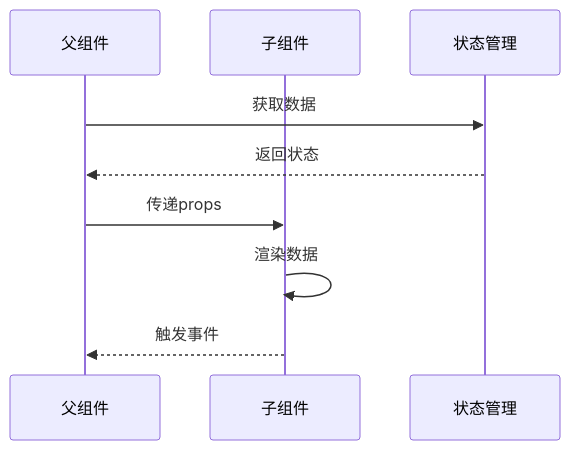
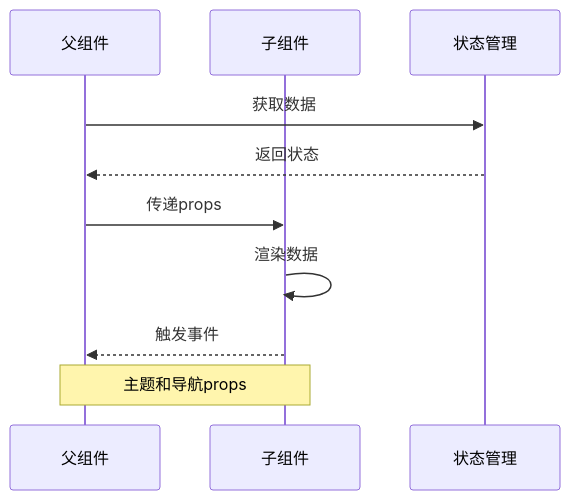
The seventh of 24 diagrams in .qoder/repowiki/zh/content/架构设计/桌面端架构设计/前端架构设计/Vue组件系统架构.md (itsharex/NexTunnel), drawn with Mermaid before and after one commit. The commit also changed other lines of this file and 41 other files, not shown here.

````diff
--- a/.qoder/repowiki/zh/content/架构设计/桌面端架构设计/前端架构设计/Vue组件系统架构.md
+++ b/.qoder/repowiki/zh/content/架构设计/桌面端架构设计/前端架构设计/Vue组件系统架构.md
@@ -219,11 +255,12 @@
 ```mermaid
 sequenceDiagram
 participant Parent as 父组件
 participant Child as 子组件
 participant Store as 状态管理
 Parent->>Store : 获取数据
 Store-->>Parent : 返回状态
 Parent->>Child : 传递props
 Child->>Child : 渲染数据
 Child-->>Parent : 触发事件
+Note over Parent,Child : 主题和导航props
 ```
````
